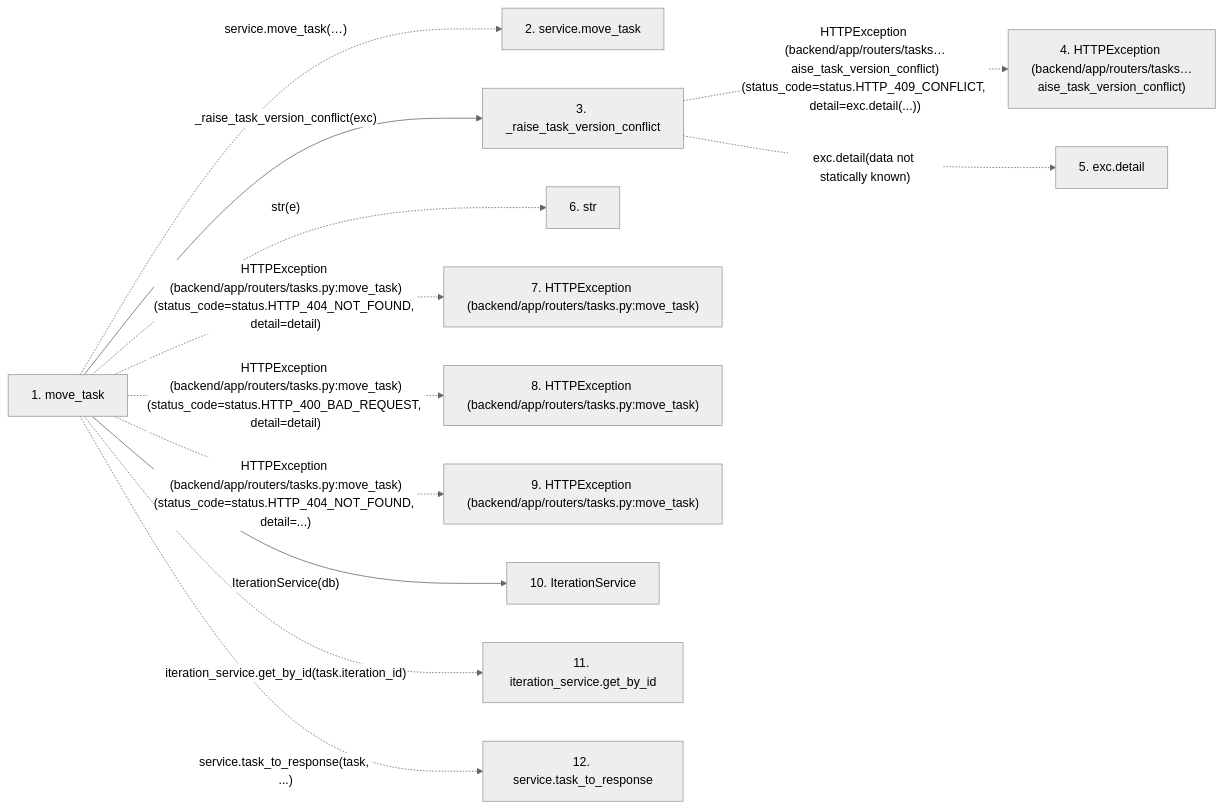
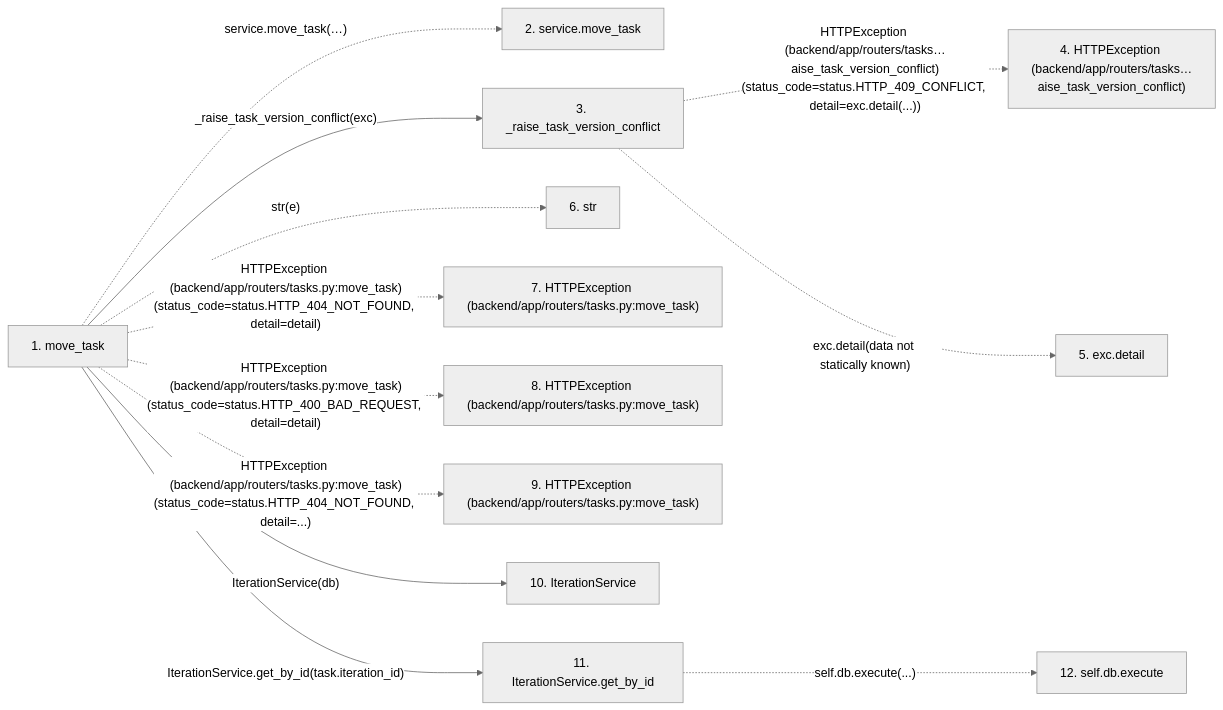
The second of 2 diagrams in docs/llm_wiki/flows/http-move_task.md (Denissvgn/WorkChord), drawn with Mermaid (neutral theme) before and after one commit. The commit also changed other lines of this file and 25171 other files, not shown here.

````diff
--- a/docs/llm_wiki/flows/http-move_task.md
+++ b/docs/llm_wiki/flows/http-move_task.md
@@ -38,29 +85,30 @@
 ```mermaid
 flowchart LR
     s1["1. move_task"]
     s2["2. service.move_task"]
     s3["3. _raise_task_version_conflict"]
     s4["4. HTTPException (backend/app/routers/tasks…aise_task_version_conflict)"]
     s5["5. exc.detail"]
     s6["6. str"]
     s7["7. HTTPException (backend/app/routers/tasks.py:move_task)"]
     s8["8. HTTPException (backend/app/routers/tasks.py:move_task)"]
     s9["9. HTTPException (backend/app/routers/tasks.py:move_task)"]
     s10["10. IterationService"]
-    s11["11. iteration_service.get_by_id"]
-    s12["12. service.task_to_response"]
+    s11["11. IterationService.get_by_id"]
+    s12["12. self.db.execute"]
     s1 -. "service.move_task(…)" .-> s2
     s1 -->|"_raise_task_version_conflict(exc)"| s3
     s3 -. "HTTPException (backend/app/routers/tasks…aise_task_version_conflict)(status_code=status.HTTP_409_CONFLICT, detail=exc.detail(...))" .-> s4
     s3 -. "exc.detail(data not statically known)" .-> s5
     s1 -. "str(e)" .-> s6
     s1 -. "HTTPException (backend/app/routers/tasks.py:move_task)(status_code=status.HTTP_404_NOT_FOUND, detail=detail)" .-> s7
     s1 -. "HTTPException (backend/app/routers/tasks.py:move_task)(status_code=status.HTTP_400_BAD_REQUEST, detail=detail)" .-> s8
     s1 -. "HTTPException (backend/app/routers/tasks.py:move_task)(status_code=status.HTTP_404_NOT_FOUND, detail=...)" .-> s9
     s1 -->|"IterationService(db)"| s10
-    s1 -. "iteration_service.get_by_id(task.iteration_id)" .-> s11
-    s1 -. "service.task_to_response(task, ...)" .-> s12
+    s1 -->|"IterationService.get_by_id(task.iteration_id)"| s11
+    s11 -. "self.db.execute(...)" .-> s12
     click s1 "../modules/tasks.md"
     click s3 "../modules/tasks.md"
     click s10 "../modules/iteration_service.md"
+    click s11 "../modules/iteration_service.md"
 ```
````
